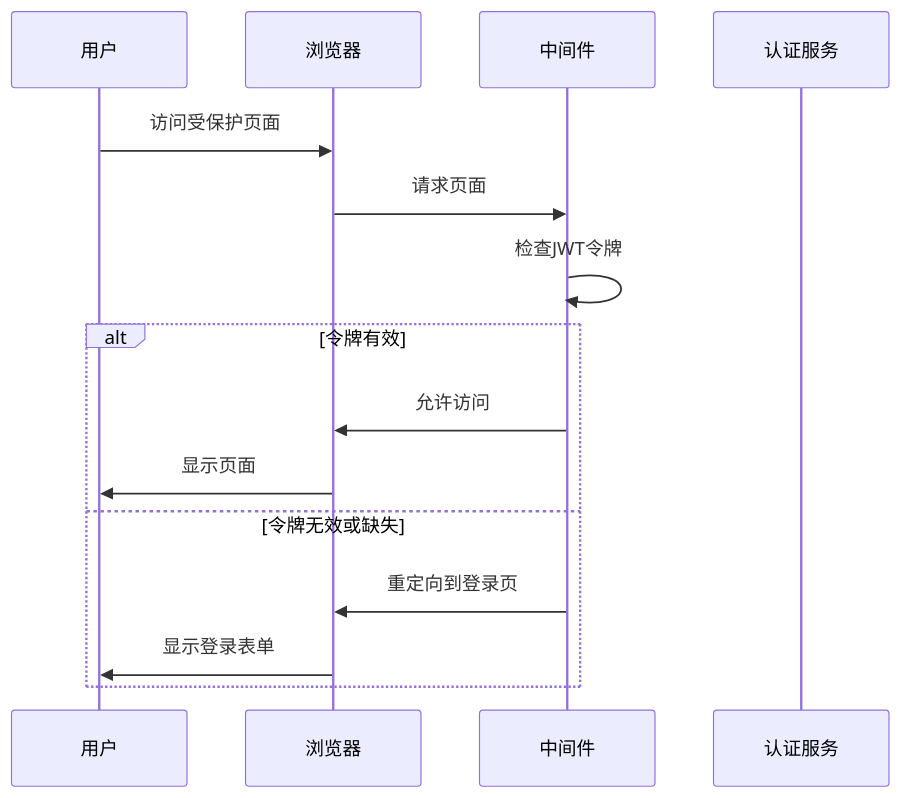
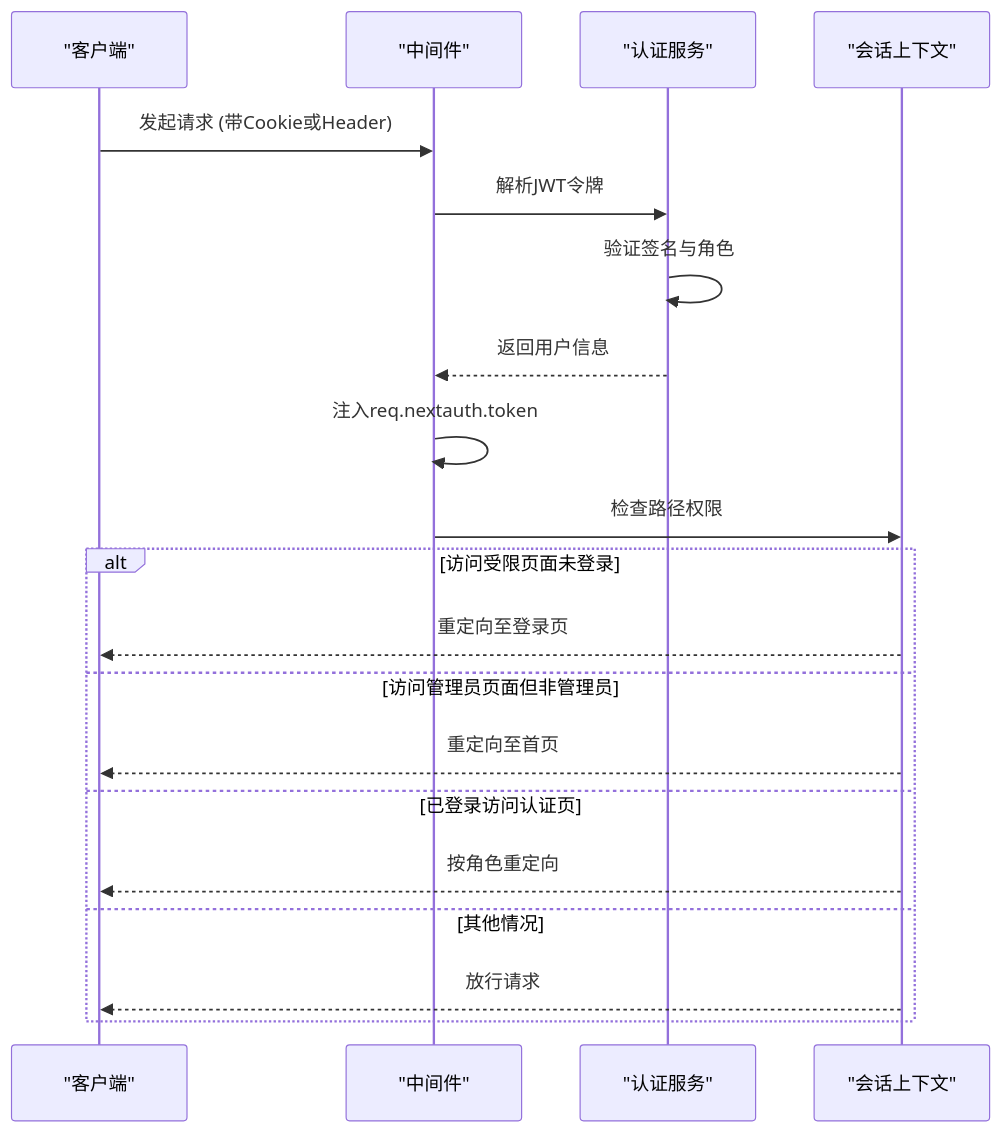
Before and after one commit to Eyre921/yunqi: the second of 6 diagrams in .qoder/repowiki/zh/content/后端架构/认证系统/会话管理.md, drawn with Mermaid. The commit also changed other lines of this file and 24 other files, not shown here.

````diff
--- a/.qoder/repowiki/zh/content/后端架构/认证系统/会话管理.md
+++ b/.qoder/repowiki/zh/content/后端架构/认证系统/会话管理.md
@@ -56,17 +68,22 @@
 ```mermaid
 sequenceDiagram
-participant 用户
-participant 浏览器
-participant 中间件
-participant 认证服务
-用户->>浏览器 : 访问受保护页面
-浏览器->>中间件 : 请求页面
-中间件->>中间件 : 检查JWT令牌
-alt 令牌有效
-中间件->>浏览器 : 允许访问
-浏览器->>用户 : 显示页面
-else 令牌无效或缺失
-中间件->>浏览器 : 重定向到登录页
-浏览器->>用户 : 显示登录表单
+participant Client as "客户端"
+participant Middleware as "中间件"
+participant Auth as "认证服务"
+participant Session as "会话上下文"
+Client->>Middleware : 发起请求 (带Cookie或Header)
+Middleware->>Auth : 解析JWT令牌
+Auth->>Auth : 验证签名与角色
+Auth-->>Middleware : 返回用户信息
+Middleware->>Middleware : 注入req.nextauth.token
+Middleware->>Session : 检查路径权限
+alt 访问受限页面未登录
+Session-->>Client : 重定向至登录页
+else 访问管理员页面但非管理员
+Session-->>Client : 重定向至首页
+else 已登录访问认证页
+Session-->>Client : 按角色重定向
+else 其他情况
+Session-->>Client : 放行请求
 end
 ```
````
